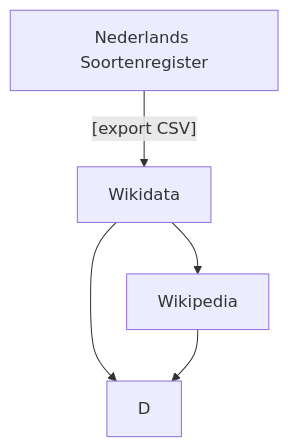
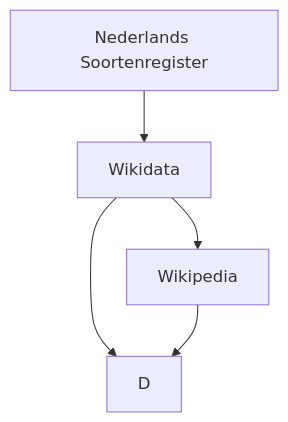
One commit to andrawaag/arise_hack2022 changed the diagram in README.md. Above: the diagram before and after it, drawn with Mermaid.

````diff
--- a/README.md
+++ b/README.md
@@ -3,7 +3,7 @@
 ```mermaid
   graph TD;
-      A[Nederlands Soortenregister]--[export CSV]-->B[Wikidata];
+      A[Nederlands Soortenregister]-->B[Wikidata];
       B-->C[Wikipedia];
       B-->D;
       C-->D;
 ```
````
